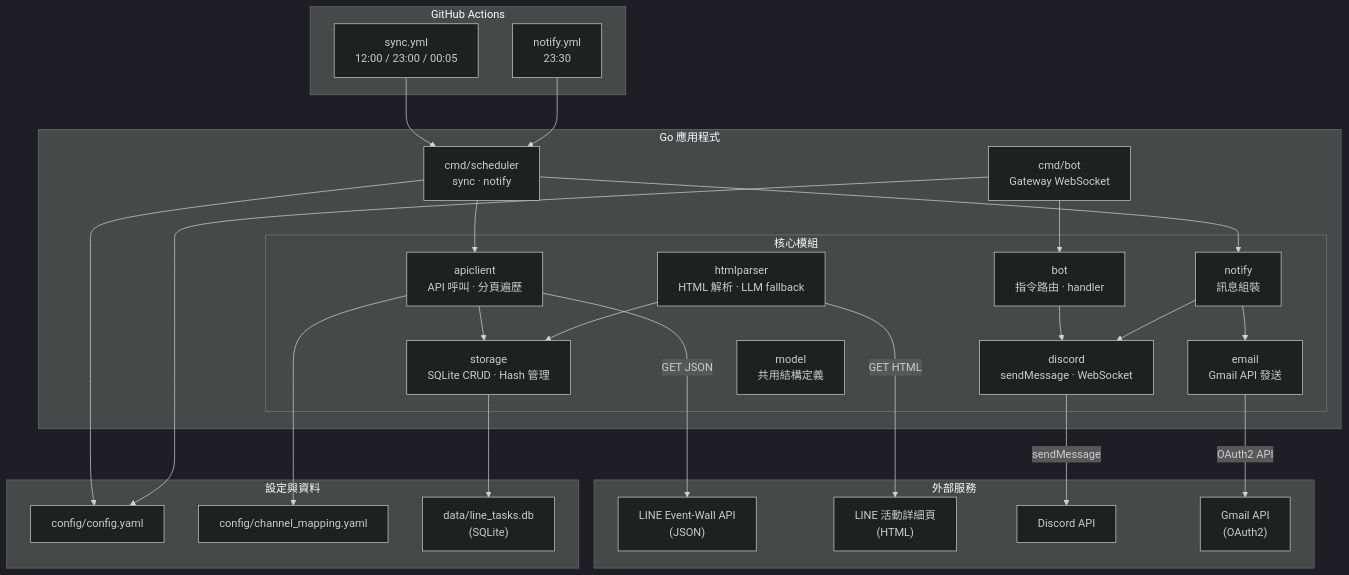
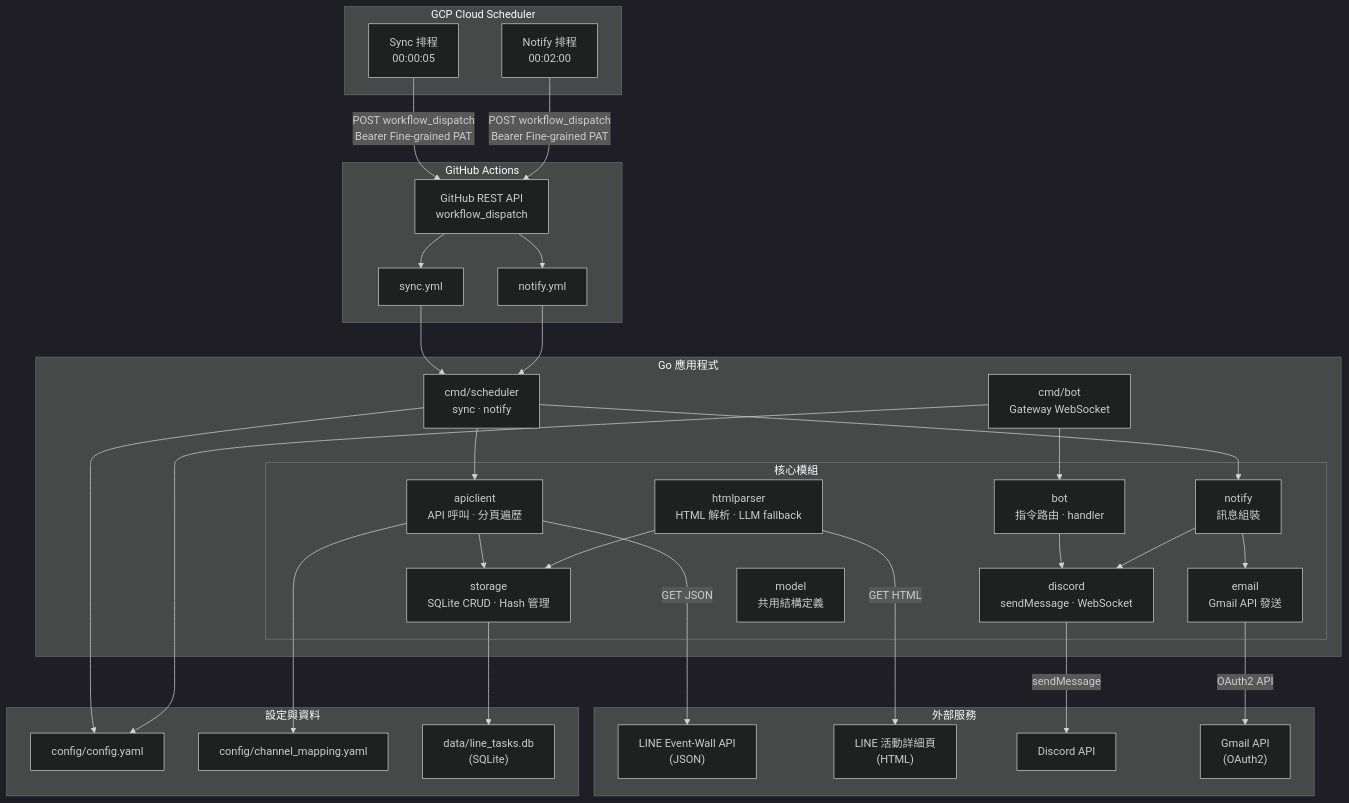
One commit to dccoding1118/more-line-points changed the first of 6 diagrams in docs/requirements/requirements.md. Above: the diagram before and after it, drawn with Mermaid. The commit also changed other lines of this file and 1 other file, not shown here.

Commit message:
docs: update CI/CD design and requirements using Cloud Scheduler for sync and notify.

````diff
--- a/docs/requirements/requirements.md
+++ b/docs/requirements/requirements.md
@@ -56,57 +56,67 @@
 ```mermaid
 %%{init: {'theme':'dark'}}%%
 graph TB
     subgraph External["外部服務"]
         LINE_API["LINE Event-Wall API<br/>(JSON)"]
         LINE_PAGE["LINE 活動詳細頁<br/>(HTML)"]
         DISCORD_API["Discord API"]
         GMAIL_API["Gmail API<br/>(OAuth2)"]
     end
 
+    subgraph Scheduler["GCP Cloud Scheduler"]
+        CLOUD_SYNC["Sync 排程<br/>00:00:05"]
+        CLOUD_NOTIFY["Notify 排程<br/>00:02:00"]
+    end
+
     subgraph GHA["GitHub Actions"]
-        SYNC_CRON["sync.yml<br/>12:00 / 23:00 / 00:05"]
-        NOTIFY_CRON["notify.yml<br/>23:30"]
+        GH_API["GitHub REST API<br/>workflow_dispatch"]
+        SYNC_WF["sync.yml"]
+        NOTIFY_WF["notify.yml"]
     end
 
     subgraph App["Go 應用程式"]
         CMD_SCH["cmd/scheduler<br/>sync · notify"]
         CMD_BOT["cmd/bot<br/>Gateway WebSocket"]
 
         subgraph Core["核心模組"]
             API_CLIENT["apiclient<br/>API 呼叫 · 分頁遍歷"]
             HTML_PARSER["htmlparser<br/>HTML 解析 · LLM fallback"]
             STORAGE["storage<br/>SQLite CRUD · Hash 管理"]
             NOTIFY["notify<br/>訊息組裝"]
             DISCORD["discord<br/>sendMessage · WebSocket"]
             EMAIL["email<br/>Gmail API 發送"]
             BOT["bot<br/>指令路由 · handler"]
             MODEL["model<br/>共用結構定義"]
         end
     end
 
     subgraph Config["設定與資料"]
         CONFIG_FILE["config/config.yaml"]
         CHANNEL_MAP["config/channel_mapping.yaml"]
         DB["data/line_tasks.db<br/>(SQLite)"]
     end
 
-    SYNC_CRON --> CMD_SCH
-    NOTIFY_CRON --> CMD_SCH
+    CLOUD_SYNC -->|"POST workflow_dispatch<br/>Bearer Fine-grained PAT"| GH_API
+    CLOUD_NOTIFY -->|"POST workflow_dispatch<br/>Bearer Fine-grained PAT"| GH_API
+    GH_API --> SYNC_WF
+    GH_API --> NOTIFY_WF
+    SYNC_WF --> CMD_SCH
+    NOTIFY_WF --> CMD_SCH
     CMD_SCH --> API_CLIENT
     CMD_SCH --> NOTIFY
     CMD_BOT --> BOT
     BOT --> DISCORD
 
     API_CLIENT -->|"GET JSON"| LINE_API
     HTML_PARSER -->|"GET HTML"| LINE_PAGE
     API_CLIENT --> STORAGE
     HTML_PARSER --> STORAGE
     NOTIFY --> DISCORD
     NOTIFY --> EMAIL
     DISCORD -->|"sendMessage"| DISCORD_API
     EMAIL -->|"OAuth2 API"| GMAIL_API
     STORAGE --> DB
     CMD_SCH --> CONFIG_FILE
     CMD_BOT --> CONFIG_FILE
     API_CLIENT --> CHANNEL_MAP
 ```
````
